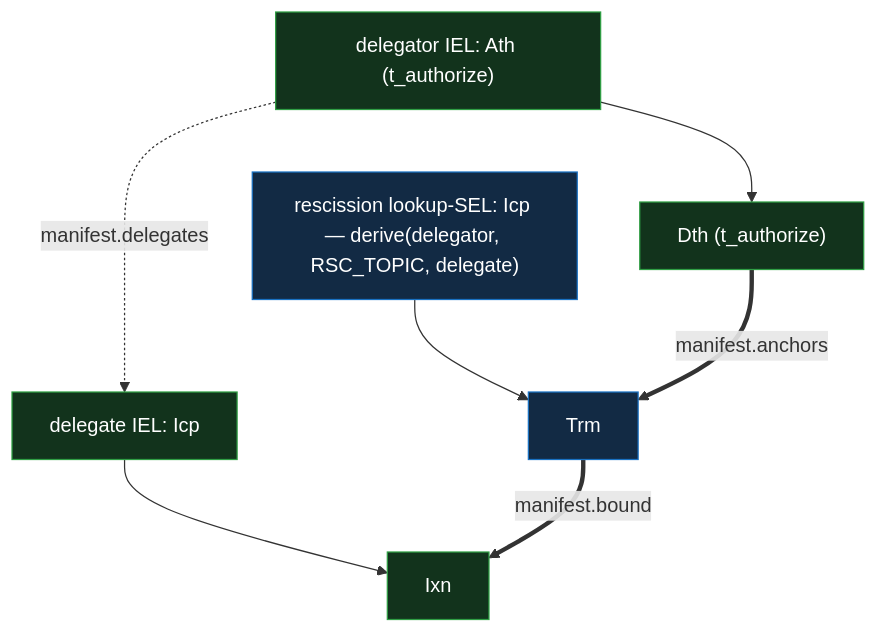
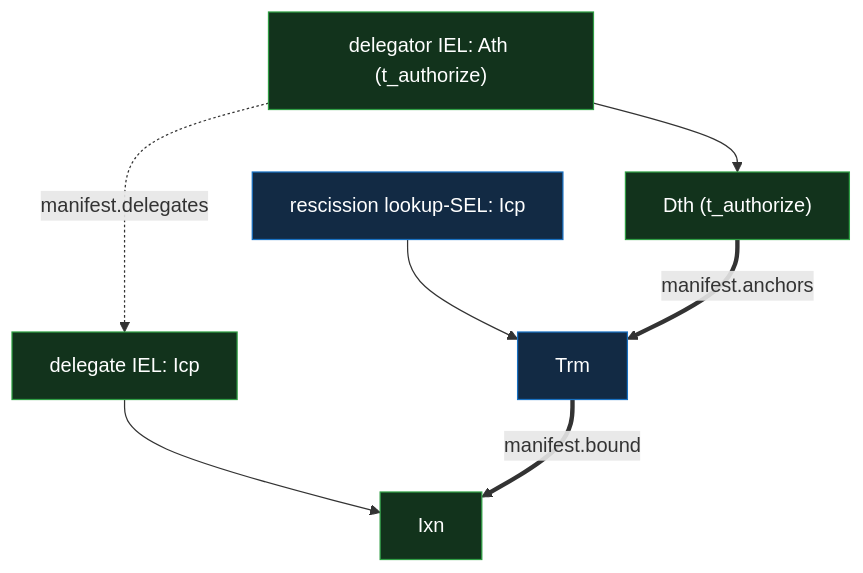
One commit to jasoncolburne/vdti changed the diagram in docs/design/primitives/data/event-logs/iel/delegation.md. Above: the diagram before and after it, drawn with Mermaid. The commit also changed 7 other files, not shown here.

Commit message:
VDTI-10: Diagram updates

````diff
--- a/docs/design/primitives/data/event-logs/iel/delegation.md
+++ b/docs/design/primitives/data/event-logs/iel/delegation.md
@@ -18,11 +18,11 @@
 ```mermaid
 flowchart TB
   dAth["delegator IEL: Ath (t_authorize)"]:::iel --> dDth["Dth (t_authorize)"]:::iel
-  rIcp["rescission lookup-SEL: Icp — derive(delegator, RSC_TOPIC, delegate)"]:::sel --> rTrm["Trm"]:::sel
+  rIcp["rescission lookup-SEL: Icp"]:::sel --> rTrm["Trm"]:::sel
   P["delegate IEL: Icp"]:::iel --> Q["Ixn"]:::iel
   dAth -.->|manifest.delegates| P
   dDth ==>|manifest.anchors| rTrm
   rTrm ==>|manifest.bound| Q
   classDef iel fill:#12331c,stroke:#2f9e44,color:#fff
   classDef sel fill:#122a44,stroke:#1971c2,color:#fff
 ```
````
